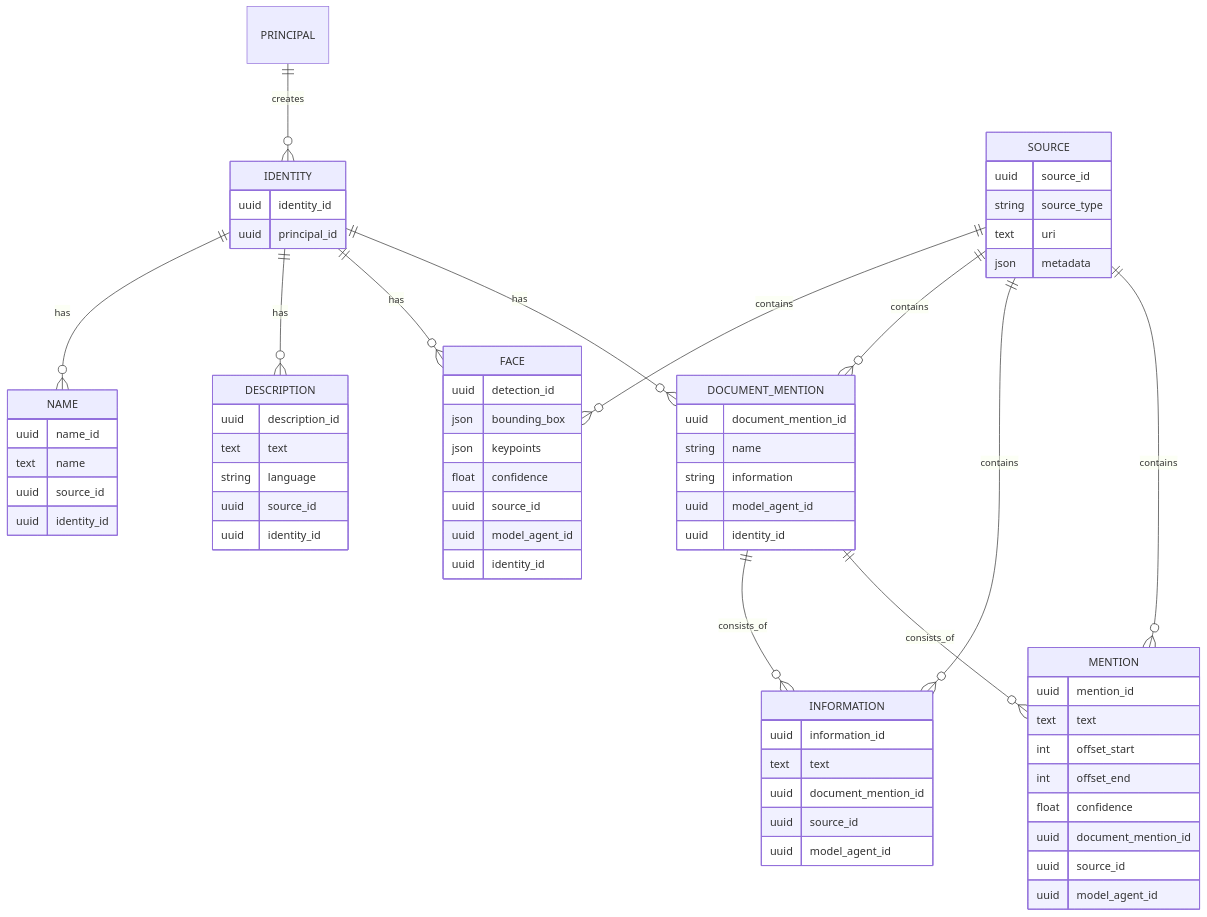
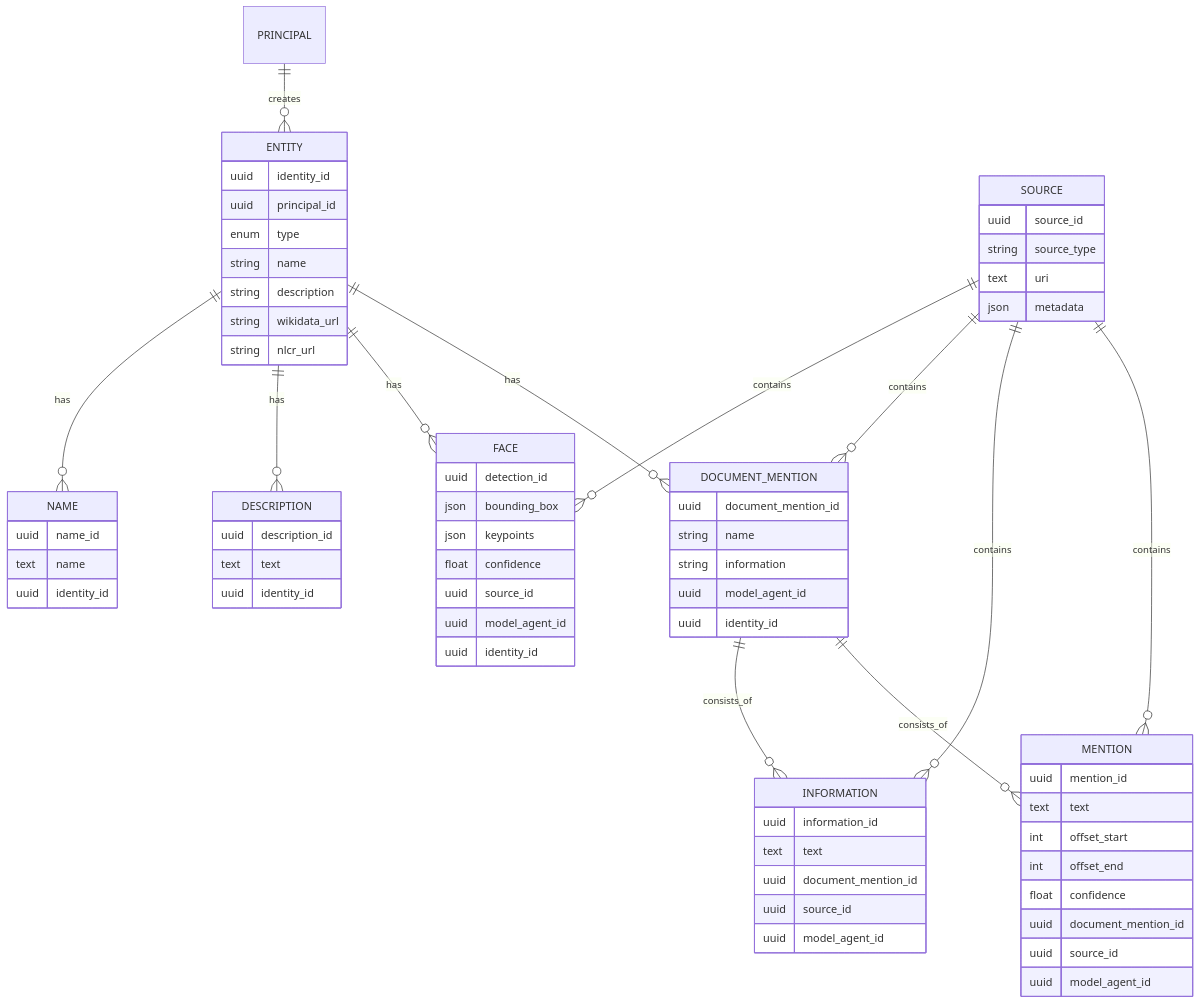
Before and after one commit to DCGM/PeopleGatorApp: the diagram in people-gator-api/docs/01-product-spec-1.md, drawn with Mermaid.

Commit message:
refactor: update ER diagram to replace 'IDENTITY' with 'ENTITY' and enhance entity attributes

````diff
--- a/people-gator-api/docs/01-product-spec-1.md
+++ b/people-gator-api/docs/01-product-spec-1.md
@@ -156,6 +156,6 @@
 ```mermaid
 erDiagram
-  PRINCIPAL ||--o{ IDENTITY : creates
+  PRINCIPAL ||--o{ ENTITY : creates
 
   DOCUMENT_MENTION ||--o{ MENTION : consists_of
   DOCUMENT_MENTION ||--o{ INFORMATION : consists_of
@@ -166,14 +166,19 @@
   SOURCE ||--o{ DOCUMENT_MENTION : contains
   SOURCE ||--o{ FACE : contains
 
-  IDENTITY ||--o{ DOCUMENT_MENTION : has
-  IDENTITY ||--o{ FACE : has
-  IDENTITY ||--o{ DESCRIPTION : has
-  IDENTITY ||--o{ NAME : has
+  ENTITY ||--o{ DOCUMENT_MENTION : has
+  ENTITY ||--o{ FACE : has
+  ENTITY ||--o{ DESCRIPTION : has
+  ENTITY ||--o{ NAME : has
 
-  IDENTITY {
+  ENTITY {
     uuid identity_id
     uuid principal_id
+    enum type
+    string name
+    string description
+    string wikidata_url
+    string nlcr_url
   }
 
   MENTION {
@@ -216,15 +221,12 @@
   DESCRIPTION {
     uuid description_id
     text text
-    string language
-    uuid source_id
     uuid identity_id
   }
 
   NAME {
     uuid name_id
     text name
-    uuid source_id
     uuid identity_id
   }
 
````
